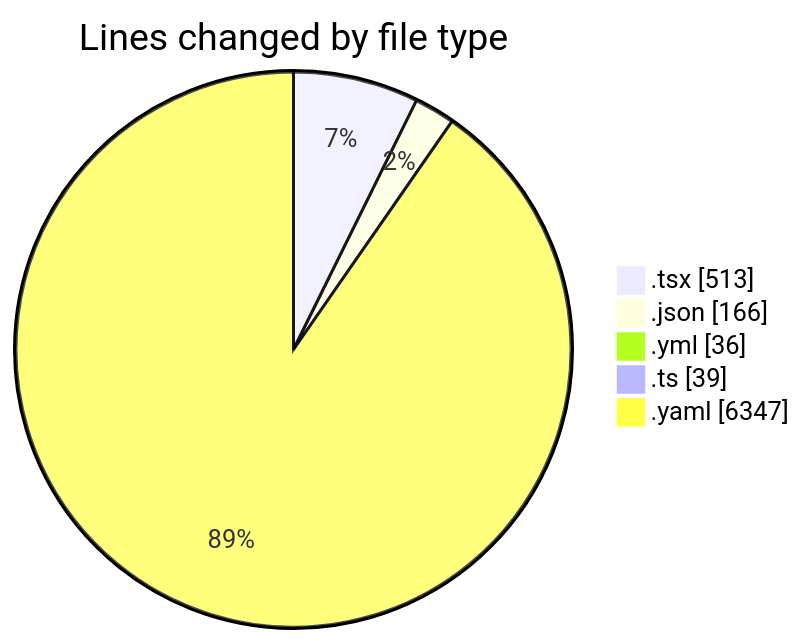
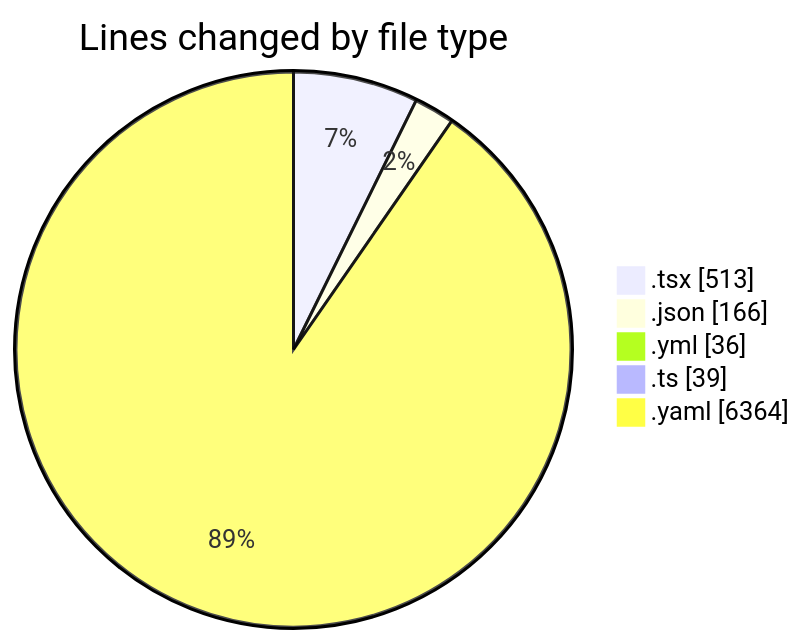
One commit to julien-gomy/code-tracking changed the first of 2 diagrams in 2025-11-27/eventscop-frontend-guide__workspace_/README.md. Above: the diagram before and after it, drawn with Mermaid. The commit also changed other lines of this file and 1 other file, not shown here.

````diff
--- a/2025-11-27/eventscop-frontend-guide__workspace_/README.md
+++ b/2025-11-27/eventscop-frontend-guide__workspace_/README.md
@@ -32,9 +32,9 @@
 ```mermaid
 pie showData
 title Lines changed by file type
 ".tsx" : 513
 ".json" : 166
 ".yml" : 36
 ".ts" : 39
-".yaml" : 6347
+".yaml" : 6364
 ```
````
